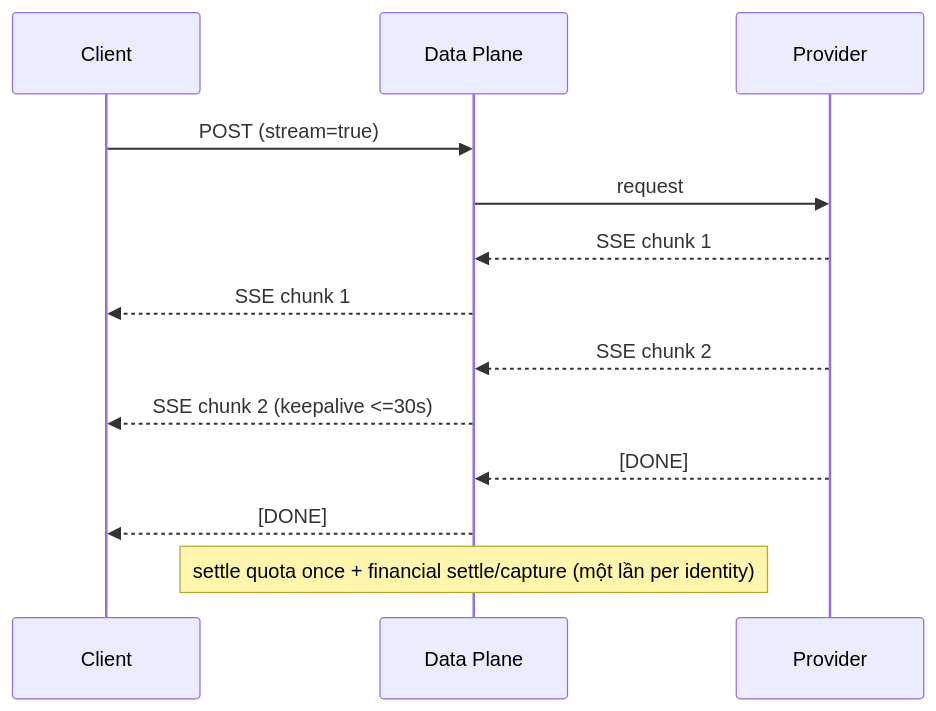
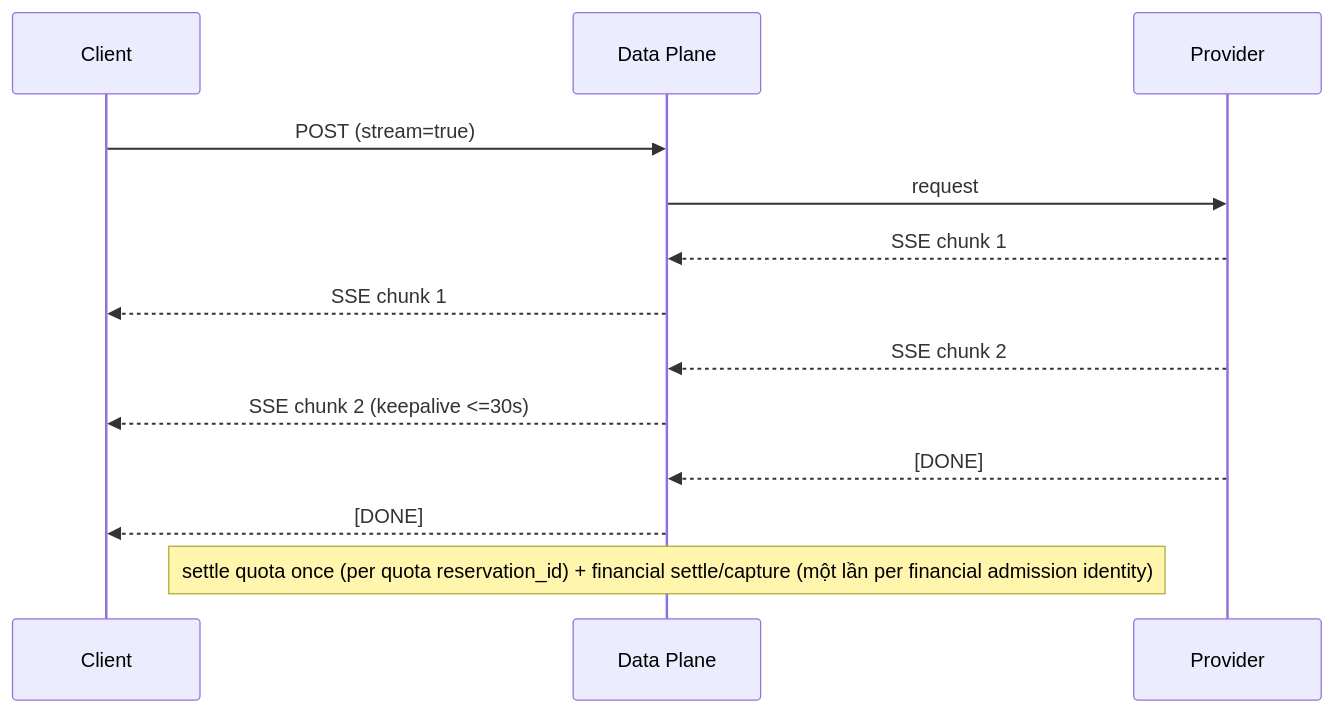
The fifth of 7 diagrams in docs/applications/llm-api/01-architecture.md (ecoma-io/ecoma), drawn with Mermaid before and after one commit. The commit also changed other lines of this file and 3 other files, not shown here.

First line of the commit message:
docs: separate financial admission from durable reservation and bound pricing

````diff
--- a/docs/applications/llm-api/01-architecture.md
+++ b/docs/applications/llm-api/01-architecture.md
@@ -346,16 +352,16 @@
 ```mermaid
 sequenceDiagram
   participant C as Client
   participant DP as Data Plane
   participant P as Provider
 
   C->>DP: POST (stream=true)
   DP->>P: request
   P-->>DP: SSE chunk 1
   DP-->>C: SSE chunk 1
   P-->>DP: SSE chunk 2
   DP-->>C: SSE chunk 2 (keepalive <=30s)
   P-->>DP: [DONE]
   DP-->>C: [DONE]
-  Note over DP: settle quota once + financial settle/capture (một lần per identity)
+  Note over DP: settle quota once (per quota reservation_id) + financial settle/capture (một lần per financial admission identity)
 ```
````
